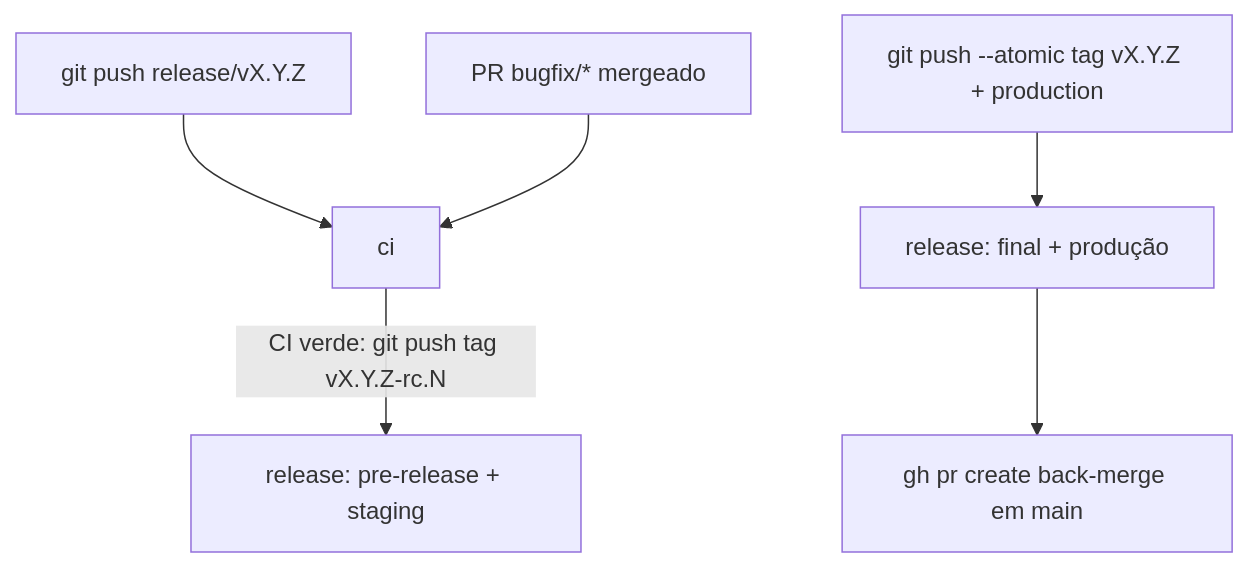
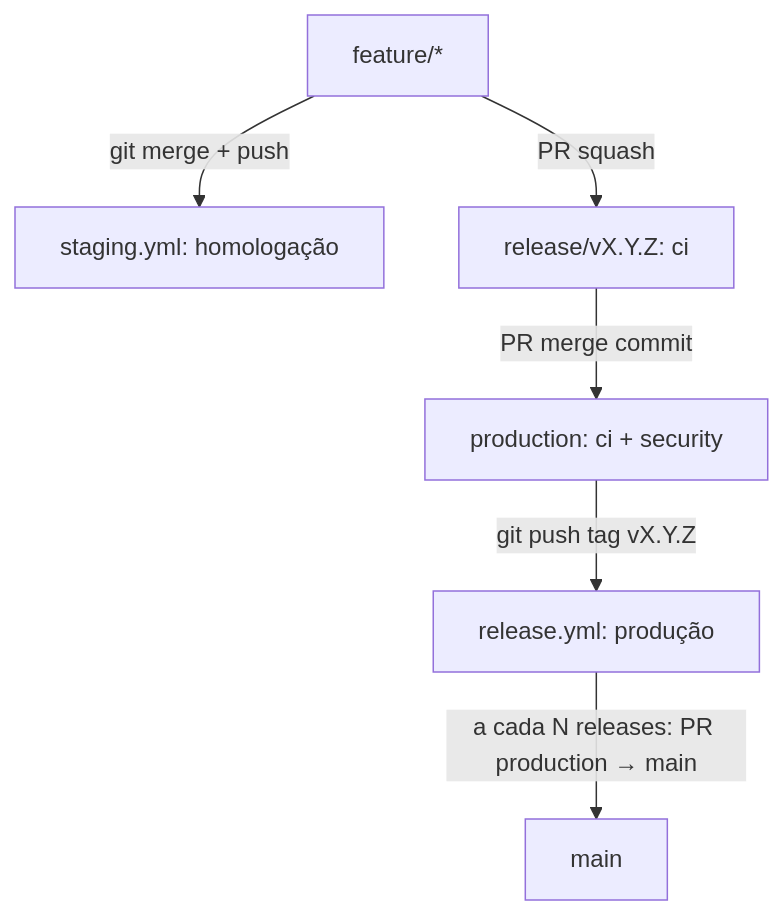
The diagram in GitFlow/05-automacao.md (uesleinasch/ConventionsCode), drawn with Mermaid before and after one commit. The commit also changed other lines of this file and 22 other files, not shown here.

First line of the commit message:
feat(gitflow)!: adota release seletiva a partir de production com staging opcional (#4)

````diff
--- a/GitFlow/05-automacao.md
+++ b/GitFlow/05-automacao.md
@@ -14,8 +15,8 @@
 ```mermaid
 flowchart TD
-    A[git push release/vX.Y.Z] --> B[ci]
-    D[PR bugfix/* mergeado] --> B
-    B -->|CI verde: git push tag vX.Y.Z-rc.N| C[release: pre-release + staging]
-    E[git push --atomic tag vX.Y.Z + production] --> F[release: final + produção]
-    F --> G[gh pr create back-merge em main]
+    F[feature/*] -->|git merge + push| S[staging.yml: homologação]
+    F -->|PR squash| R[release/vX.Y.Z: ci]
+    R -->|PR merge commit| P[production: ci + security]
+    P -->|git push tag vX.Y.Z| T[release.yml: produção]
+    T -->|a cada N releases: PR production → main| M[main]
 ```
````
